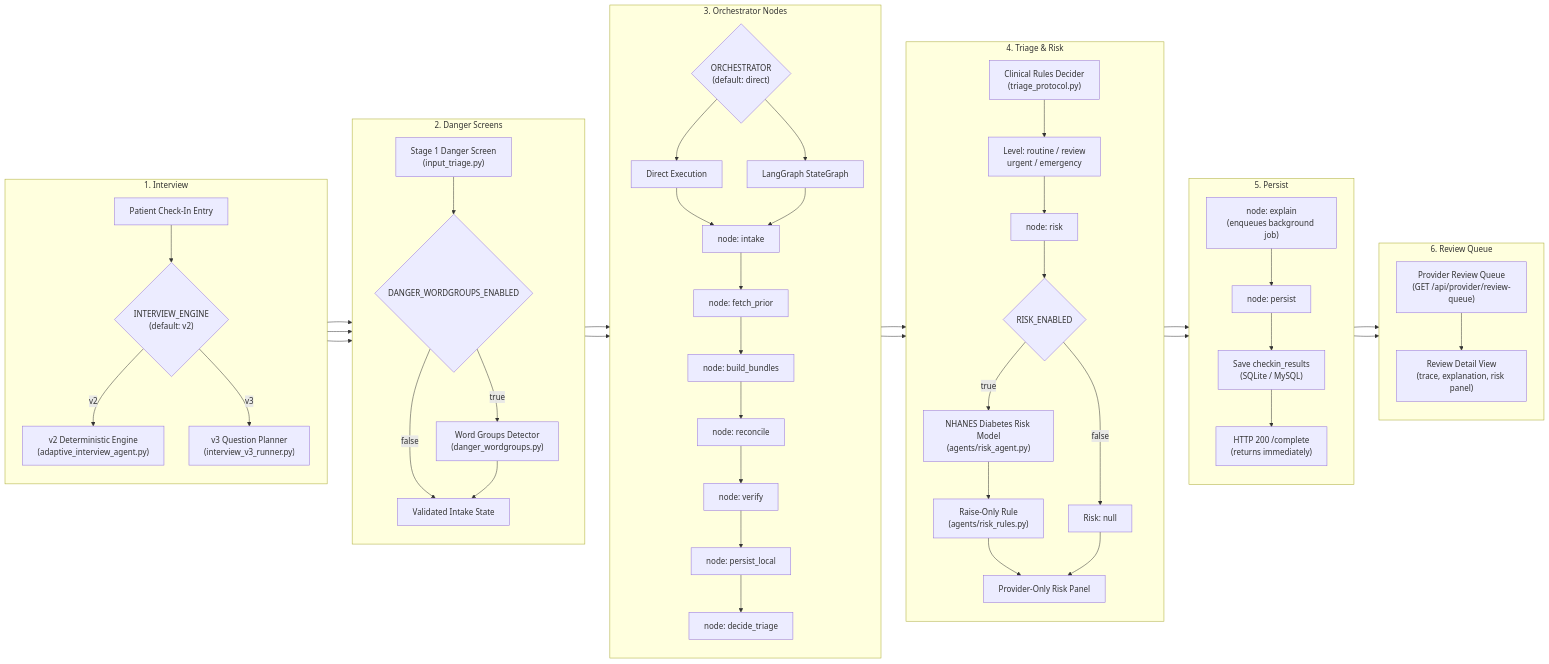
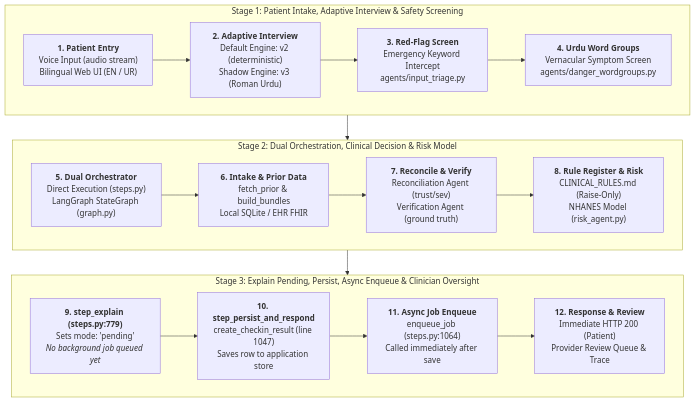
The first of 2 diagrams in docs/ARCHITECTURE.md (UsmanBari/ChronicCare-AI), drawn with Mermaid before and after one commit. The commit also changed other lines of this file and 9 other files, not shown here.

Commit message:
docs(architecture): address PR #117 round 3 review feedback on diagrams, enqueue citation, and traceability statuses

````diff
--- a/docs/ARCHITECTURE.md
+++ b/docs/ARCHITECTURE.md
@@ -22,63 +22,31 @@
 ```mermaid
-flowchart LR
-    subgraph S1["1. Interview"]
-        direction TB
-        Patient["Patient Check-In Entry"] --> Engine{"INTERVIEW_ENGINE<br>(default: v2)"}
-        Engine -->|v2| V2["v2 Deterministic Engine<br>(adaptive_interview_agent.py)"]
-        Engine -->|v3| V3["v3 Question Planner<br>(interview_v3_runner.py)"]
+flowchart TB
+    subgraph Row1 ["Stage 1: Patient Intake, Adaptive Interview & Safety Screening"]
+        direction LR
+        A1["<b>1. Patient Entry</b><br/>Voice Input (audio stream)<br/>Bilingual Web UI (EN / UR)"]
+        A2["<b>2. Adaptive Interview</b><br/>Default Engine: v2 (deterministic)<br/>Shadow Engine: v3 (Roman Urdu)"]
+        A3["<b>3. Red-Flag Screen</b><br/>Emergency Keyword Intercept<br/>agents/input_triage.py"]
+        A4["<b>4. Urdu Word Groups</b><br/>Vernacular Symptom Screen<br/>agents/danger_wordgroups.py"]
+        A1 --> A2 --> A3 --> A4
     end
 
-    subgraph S2["2. Danger Screens"]
-        direction TB
-        V2 --> Screen["Stage 1 Danger Screen<br>(input_triage.py)"]
-        V3 --> Screen
-        Screen --> WG{"DANGER_WORDGROUPS_ENABLED"}
-        WG -->|true| WGDet["Word Groups Detector<br>(danger_wordgroups.py)"]
-        WG -->|false| IntakeState["Validated Intake State"]
-        WGDet --> IntakeState
+    subgraph Row2 ["Stage 2: Dual Orchestration, Clinical Decision & Risk Model"]
+        direction LR
+        A5["<b>5. Dual Orchestrator</b><br/>Direct Execution (steps.py)<br/>LangGraph StateGraph (graph.py)"]
+        A6["<b>6. Intake & Prior Data</b><br/>fetch_prior & build_bundles<br/>Local SQLite / EHR FHIR"]
+        A7["<b>7. Reconcile & Verify</b><br/>Reconciliation Agent (trust/sev)<br/>Verification Agent (ground truth)"]
+        A8["<b>8. Rule Register & Risk</b><br/>CLINICAL_RULES.md (Raise-Only)<br/>NHANES Model (risk_agent.py)"]
+        A5 --> A6 --> A7 --> A8
     end
 
-    subgraph S3["3. Orchestrator Nodes"]
-        direction TB
-        IntakeState --> OrchMode{"ORCHESTRATOR<br>(default: direct)"}
-        OrchMode --> Direct["Direct Execution"]
-        OrchMode --> Graph["LangGraph StateGraph"]
-        Direct --> N1["node: intake"]
-        Graph --> N1
-        N1 --> N2["node: fetch_prior"]
-        N2 --> N3["node: build_bundles"]
-        N3 --> N4["node: reconcile"]
-        N4 --> N5["node: verify"]
-        N5 --> N6["node: persist_local"]
-        N6 --> N7["node: decide_triage"]
+    subgraph Row3 ["Stage 3: Explain Pending, Persist, Async Enqueue & Clinician Oversight"]
+        direction LR
+        A9["<b>9. step_explain (steps.py:779)</b><br/>Sets mode: 'pending'<br/><i>No background job queued yet</i>"]
+        A10["<b>10. step_persist_and_respond</b><br/>create_checkin_result (line 1047)<br/>Saves row to application store"]
+        A11["<b>11. Async Job Enqueue</b><br/>enqueue_job (steps.py:1064)<br/>Called immediately after save"]
+        A12["<b>12. Response & Review</b><br/>Immediate HTTP 200 (Patient)<br/>Provider Review Queue & Trace"]
+        A9 --> A10 --> A11 --> A12
     end
 
-    subgraph S4["4. Triage & Risk"]
-        direction TB
-        N7 --> Rules["Clinical Rules Decider<br>(triage_protocol.py)"]
-        Rules --> Level["Level: routine / review<br>urgent / emergency"]
-        Level --> N8["node: risk"]
-        N8 --> RiskGate{"RISK_ENABLED"}
-        RiskGate -->|true| RiskModel["NHANES Diabetes Risk Model<br>(agents/risk_agent.py)"]
-        RiskModel --> RiskRaise["Raise-Only Rule<br>(agents/risk_rules.py)"]
-        RiskGate -->|false| RiskNull["Risk: null"]
-        RiskRaise --> RiskPanel["Provider-Only Risk Panel"]
-        RiskNull --> RiskPanel
-    end
-
-    subgraph S5["5. Persist"]
-        direction TB
-        RiskPanel --> N9["node: explain<br>(enqueues background job)"]
-        N9 --> N10["node: persist"]
-        N10 --> DBRow["Save checkin_results<br>(SQLite / MySQL)"]
-        DBRow --> CompResp["HTTP 200 /complete<br>(returns immediately)"]
-    end
-
-    subgraph S6["6. Review Queue"]
-        direction TB
-        CompResp --> ReviewQueue["Provider Review Queue<br>(GET /api/provider/review-queue)"]
-        ReviewQueue --> ReviewDetail["Review Detail View<br>(trace, explanation, risk panel)"]
-    end
-
-    S1 --> S2 --> S3 --> S4 --> S5 --> S6
+    Row1 --> Row2 --> Row3
 ```
````
